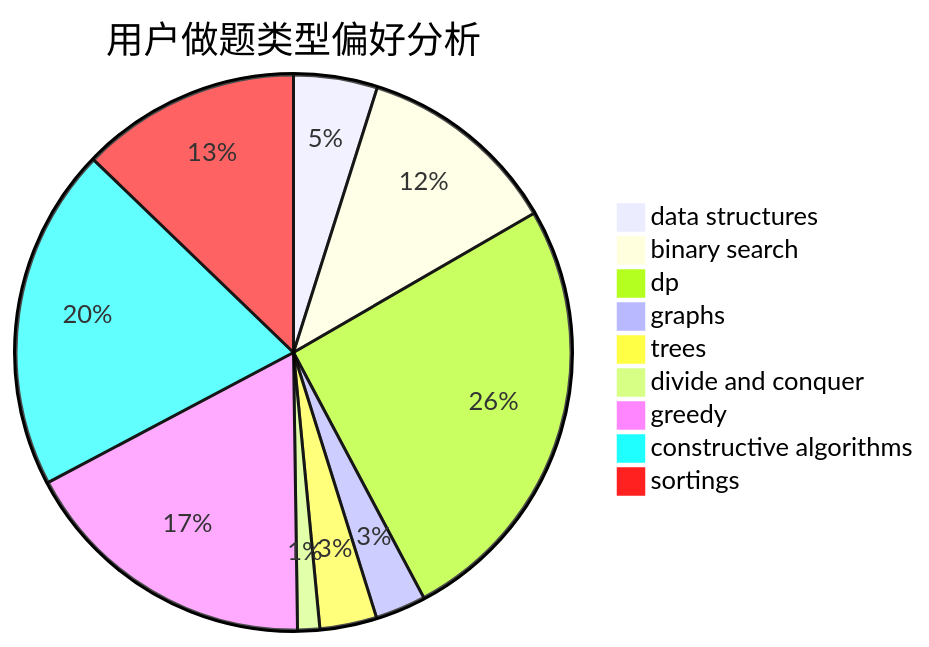
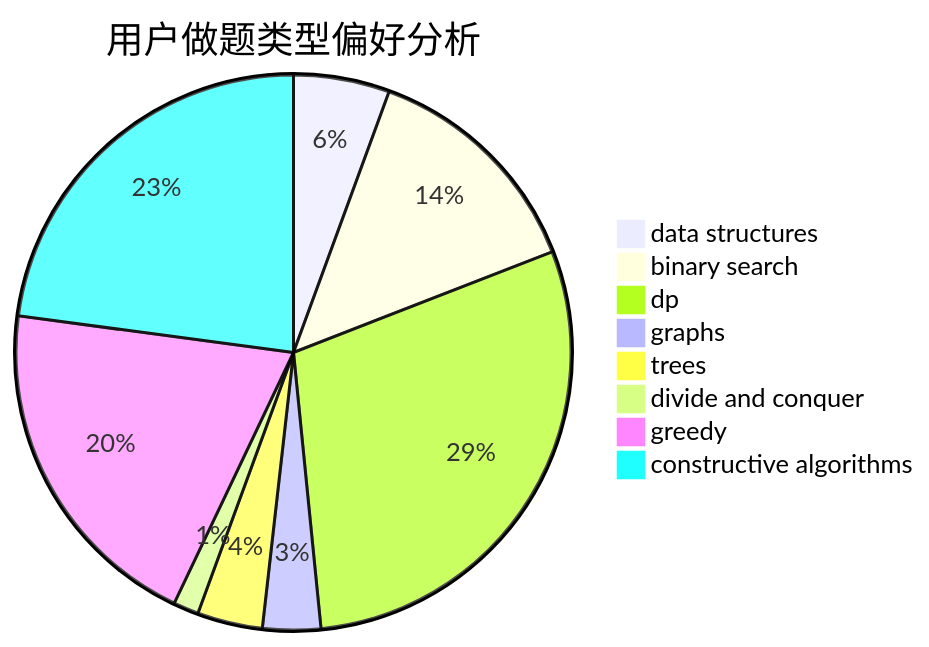
One commit to sherpahu/cfrs.github.io changed the second of 3 diagrams in docs/user/u1642.md. Above: the diagram before and after it, drawn with Mermaid. The commit also changed other lines of this file and 2769 other files, not shown here.

````diff
--- a/docs/user/u1642.md
+++ b/docs/user/u1642.md
@@ -18,12 +18,11 @@
 ```mermaid
 pie title 用户做题类型偏好分析
     "data structures" :  53
     "binary search" :  128
     "dp" :  278
     "graphs" :  32
     "trees" :  36
     "divide and conquer" :  14
     "greedy" :  190
     "constructive algorithms" :  217
-    "sortings" :  139
 ```
````
